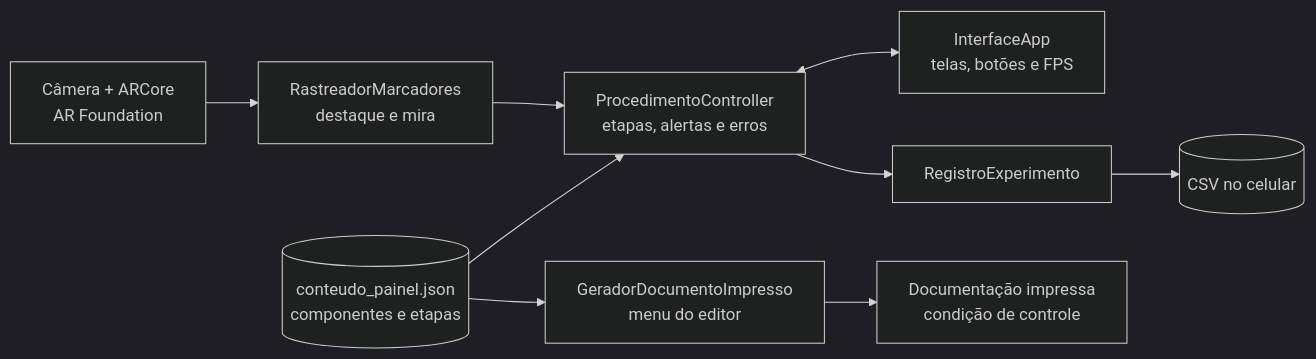
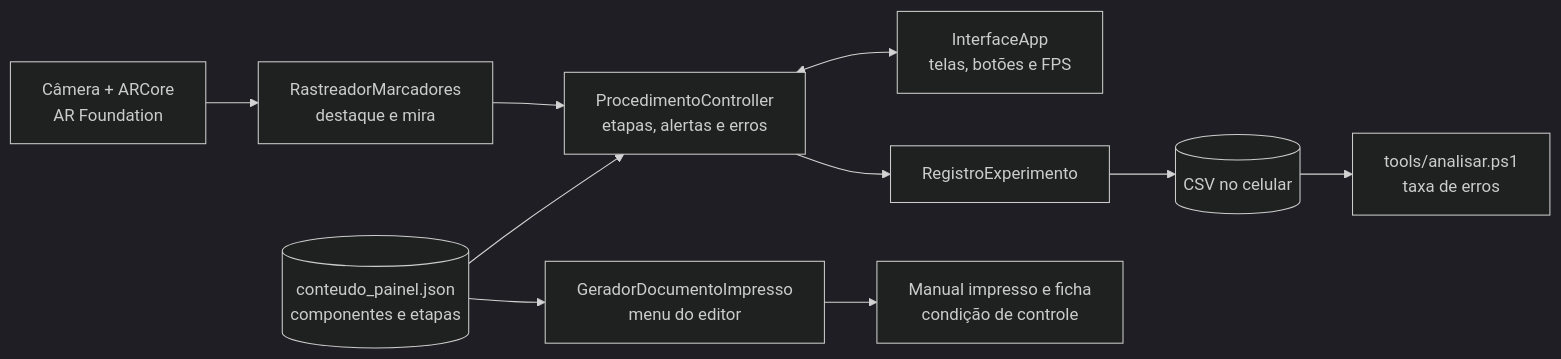
Before and after one commit to KauanHYT/UPX8---Painel-Eletrico: the first of 3 diagrams in README.md, drawn with Mermaid (dark theme). The commit also changed other lines of this file and 10 other files, not shown here.

````diff
--- a/README.md
+++ b/README.md
@@ -152,11 +163,12 @@
 ```mermaid
 flowchart LR
     CAM[Câmera + ARCore<br/>AR Foundation] --> RAST[RastreadorMarcadores<br/>destaque e mira]
     JSON[(conteudo_painel.json<br/>componentes e etapas)] --> PROC
     RAST --> PROC[ProcedimentoController<br/>etapas, alertas e erros]
     PROC <--> UI[InterfaceApp<br/>telas, botões e FPS]
     PROC --> REG[RegistroExperimento]
     REG --> CSV[(CSV no celular)]
+    CSV --> ANA[tools/analisar.ps1<br/>taxa de erros]
     JSON --> GER[GeradorDocumentoImpresso<br/>menu do editor]
-    GER --> DOC[Documentação impressa<br/>condição de controle]
+    GER --> DOC[Manual impresso e ficha<br/>condição de controle]
 ```
````
